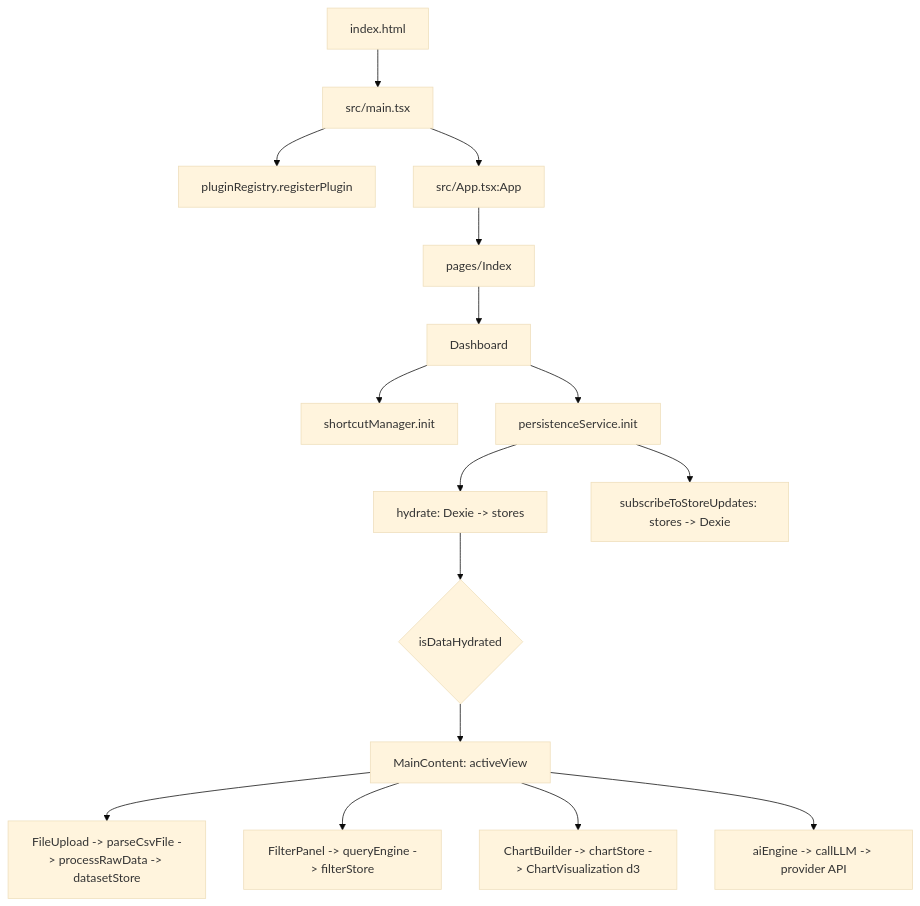
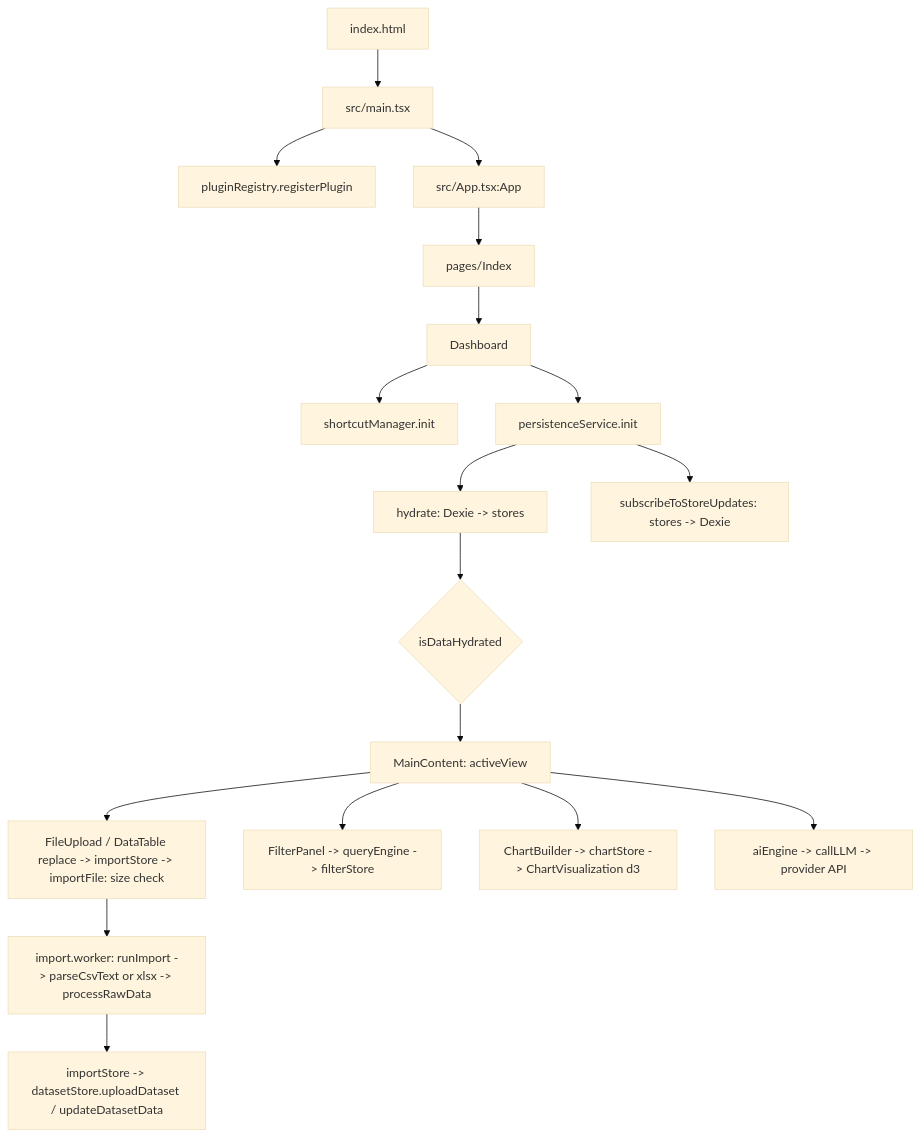
One commit to vardaanbazaz/datavista changed the diagram in flow.md. Above: the diagram before and after it, drawn with Mermaid (base theme). The commit also changed other lines of this file and 23 other files, not shown here.

Commit message:
feat(import): parse CSV/XLSX in a web worker (no UI freeze), staged progress + cancel, one 100 MB cap on every input, multi-sheet picker with append, visible parse errors with keep/exclude

````diff
--- a/flow.md
+++ b/flow.md
@@ -35,17 +42,19 @@
 ```mermaid
 flowchart TD
   HTML[index.html] --> Main[src/main.tsx]
   Main --> Plugins[pluginRegistry.registerPlugin]
   Main --> App[src/App.tsx:App]
   App --> Index[pages/Index] --> Dash[Dashboard]
   Dash --> Shortcuts[shortcutManager.init]
   Dash --> Persist[persistenceService.init]
   Persist --> Hydrate[hydrate: Dexie -> stores]
   Persist --> Sub[subscribeToStoreUpdates: stores -> Dexie]
   Hydrate --> Ready{isDataHydrated}
   Ready --> Content[MainContent: activeView]
-  Content --> Upload[FileUpload -> parseCsvFile -> processRawData -> datasetStore]
+  Content --> Upload[FileUpload / DataTable replace -> importStore -> importFile: size check]
+  Upload --> Worker[import.worker: runImport -> parseCsvText or xlsx -> processRawData]
+  Worker --> Save[importStore -> datasetStore.uploadDataset / updateDatasetData]
   Content --> Filter[FilterPanel -> queryEngine -> filterStore]
   Content --> Charts[ChartBuilder -> chartStore -> ChartVisualization d3]
   Content --> AI[aiEngine -> callLLM -> provider API]
 ```
````
